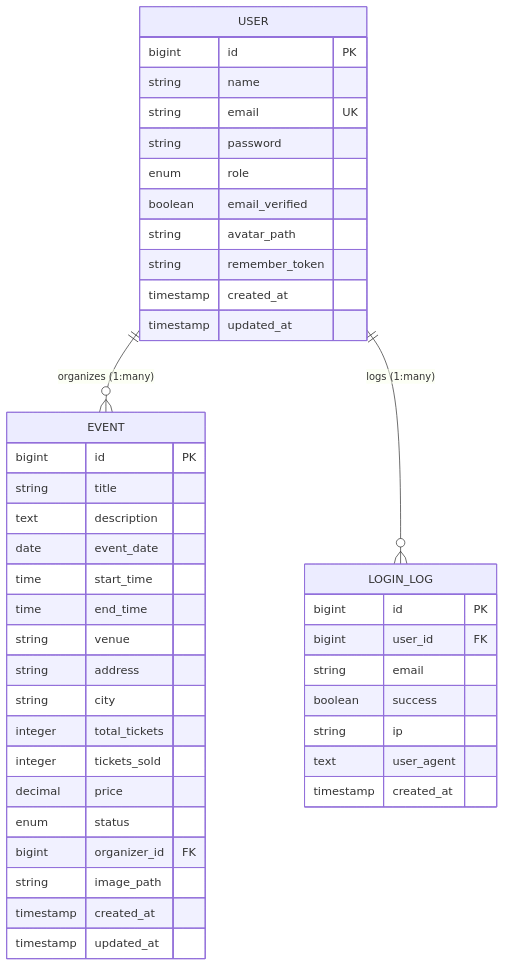
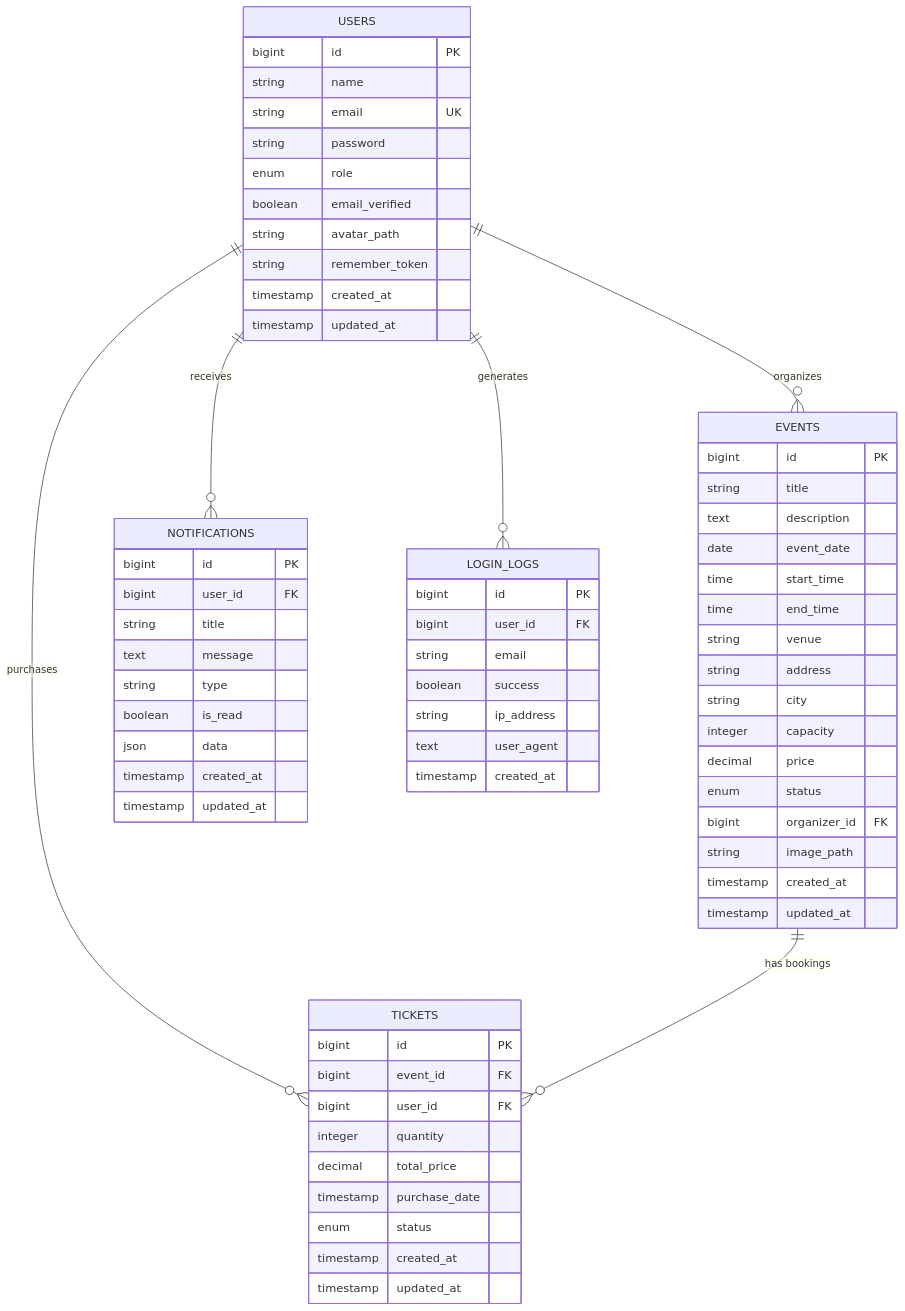
Before and after one commit to Event-Management-Ticketing-System-EMTS/Event-Management-Ticketing-System: the seventh of 12 diagrams in ARCHITECTURE.md, drawn with Mermaid. The commit also changed other lines of this file and 12 other files, not shown here.

````diff
--- a/ARCHITECTURE.md
+++ b/ARCHITECTURE.md
@@ -167,48 +345,75 @@
 ```mermaid
 erDiagram
-    USER {
+    USERS {
         bigint id PK
         string name
         string email UK
         string password
         enum role
         boolean email_verified
         string avatar_path
         string remember_token
         timestamp created_at
         timestamp updated_at
     }
     
-    EVENT {
+    EVENTS {
         bigint id PK
         string title
         text description
         date event_date
         time start_time
         time end_time
         string venue
         string address
         string city
-        integer total_tickets
-        integer tickets_sold
+        integer capacity
         decimal price
         enum status
         bigint organizer_id FK
         string image_path
         timestamp created_at
         timestamp updated_at
     }
     
-    LOGIN_LOG {
+    TICKETS {
+        bigint id PK
+        bigint event_id FK
+        bigint user_id FK
+        integer quantity
+        decimal total_price
+        timestamp purchase_date
+        enum status
+        timestamp created_at
+        timestamp updated_at
+    }
+    
+    NOTIFICATIONS {
+        bigint id PK
+        bigint user_id FK
+        string title
+        text message
+        string type
+        boolean is_read
+        json data
+        timestamp created_at
+        timestamp updated_at
+    }
+    
+    LOGIN_LOGS {
         bigint id PK
         bigint user_id FK
         string email
         boolean success
-        string ip
+        string ip_address
         text user_agent
         timestamp created_at
     }
     
-    USER ||--o{ EVENT : "organizes (1:many)"
-    USER ||--o{ LOGIN_LOG : "logs (1:many)"
+    %% Relationships
+    USERS ||--o{ EVENTS : "organizes"
+    USERS ||--o{ TICKETS : "purchases"
+    USERS ||--o{ NOTIFICATIONS : "receives"
+    USERS ||--o{ LOGIN_LOGS : "generates"
+    EVENTS ||--o{ TICKETS : "has bookings"
 ```
````
